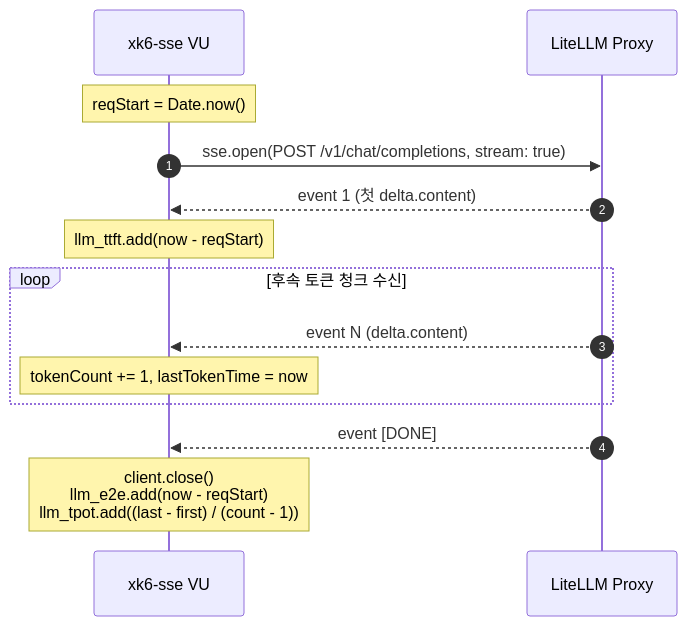
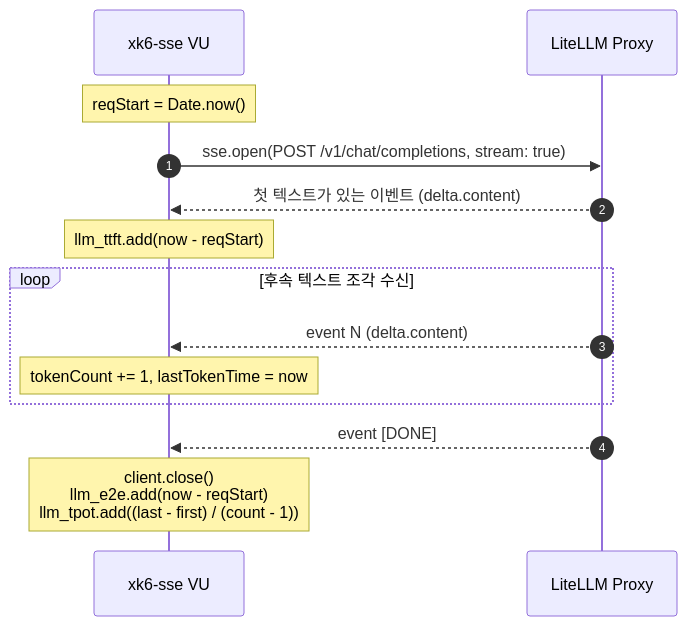
One commit to choisungwook/portfolio changed the diagram in computer_science/ai/litellm-sse-load-test/docs/4-xk6-sse.md. Above: the diagram before and after it, drawn with Mermaid. The commit also changed other lines of this file and 54 other files, not shown here.

````diff
--- a/computer_science/ai/litellm-sse-load-test/docs/4-xk6-sse.md
+++ b/computer_science/ai/litellm-sse-load-test/docs/4-xk6-sse.md
@@ -56,17 +56,17 @@
 ```mermaid
 sequenceDiagram
   autonumber
   participant K as xk6-sse VU
   participant L as LiteLLM Proxy
 
   Note over K: reqStart = Date.now()
   K->>L: sse.open(POST /v1/chat/completions, stream: true)
-  L-->>K: event 1 (첫 delta.content)
+  L-->>K: 첫 텍스트가 있는 이벤트 (delta.content)
   Note over K: llm_ttft.add(now - reqStart)
-  loop 후속 토큰 청크 수신
+  loop 후속 텍스트 조각 수신
     L-->>K: event N (delta.content)
     Note over K: tokenCount += 1, lastTokenTime = now
   end
   L-->>K: event [DONE]
   Note over K: client.close()<br/>llm_e2e.add(now - reqStart)<br/>llm_tpot.add((last - first) / (count - 1))
 ```
````
